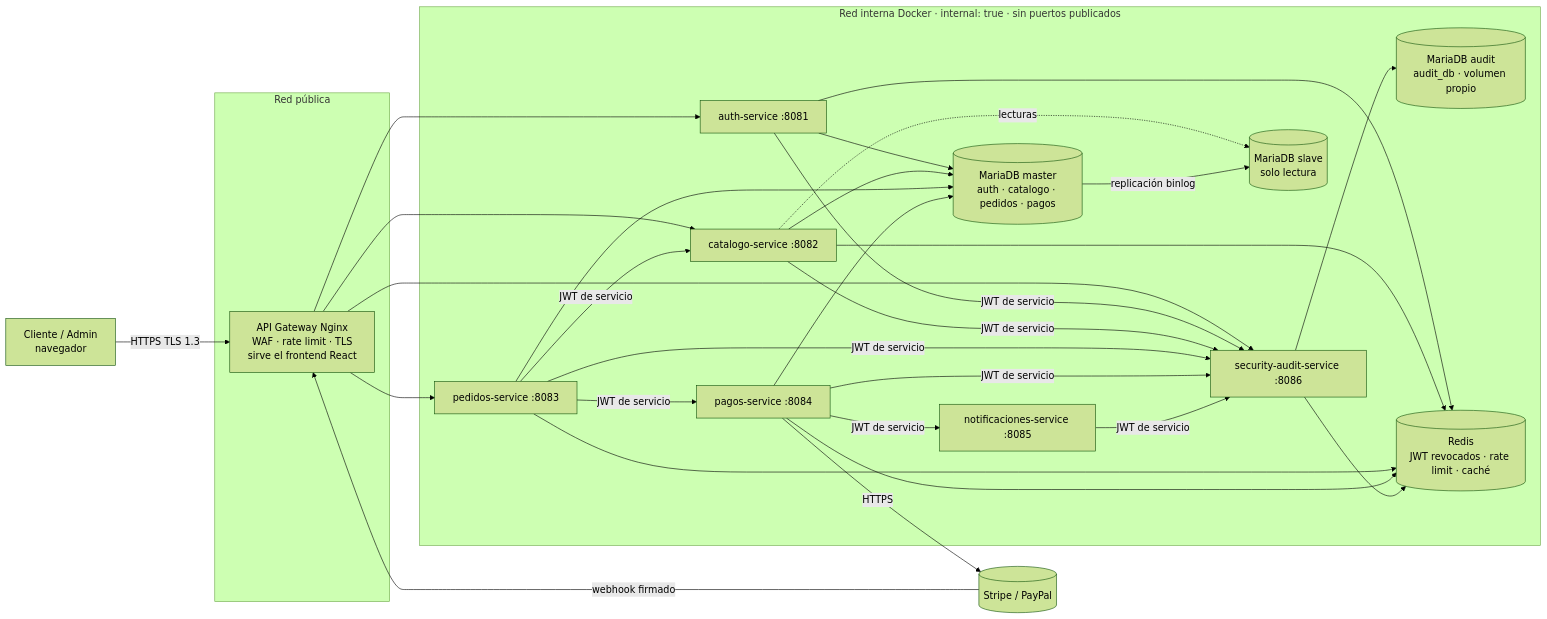
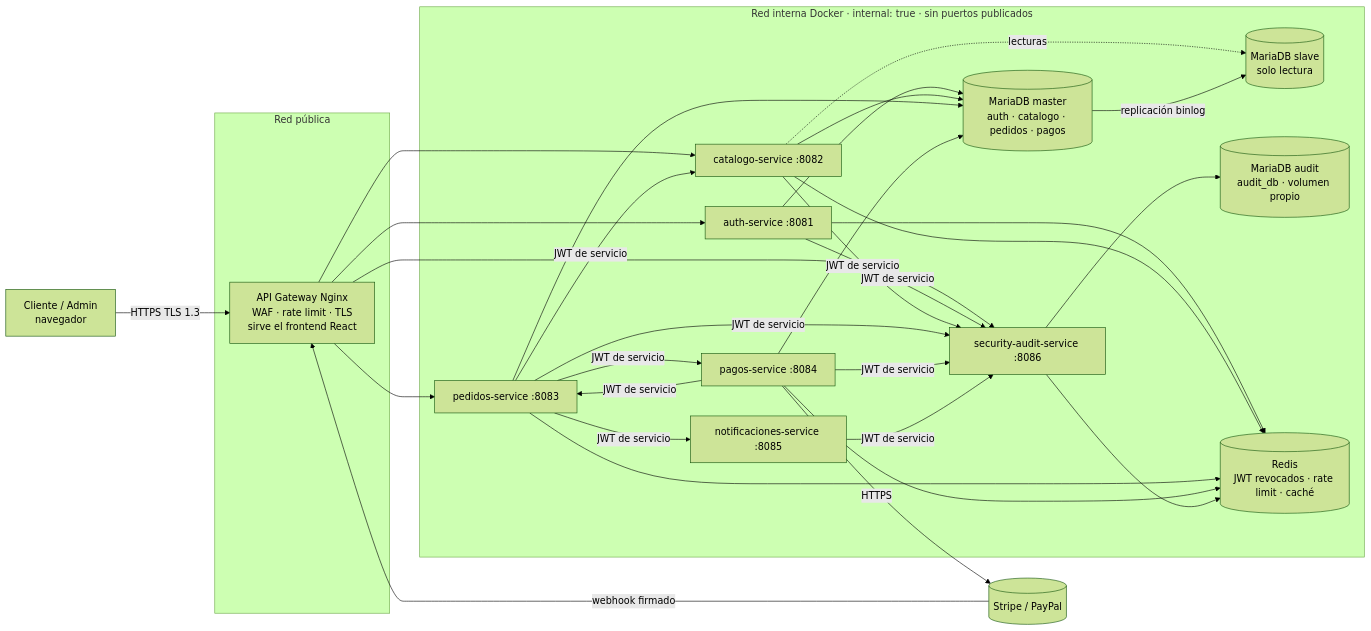
Before and after one commit to AxER1402/Veterinaria: the first of 2 diagrams in docs/01-arquitectura-stride-dfd.md, drawn with Mermaid (forest theme). The commit also changed other lines of this file and 38 other files, not shown here.

````diff
--- a/docs/01-arquitectura-stride-dfd.md
+++ b/docs/01-arquitectura-stride-dfd.md
@@ -12,34 +12,35 @@
 ```mermaid
 flowchart LR
     U[Cliente / Admin<br>navegador] -- HTTPS TLS 1.3 --> GW
 
     subgraph publica [Red pública]
         GW[API Gateway Nginx<br>WAF · rate limit · TLS<br>sirve el frontend React]
     end
 
     subgraph interna [Red interna Docker · internal: true · sin puertos publicados]
         AUTH[auth-service :8081]
         CAT[catalogo-service :8082]
         PED[pedidos-service :8083]
         PAG[pagos-service :8084]
         NOT[notificaciones-service :8085]
         AUD[security-audit-service :8086]
         M[(MariaDB master<br>auth · catalogo · pedidos · pagos)]
         S[(MariaDB slave<br>solo lectura)]
         A[(MariaDB audit<br>audit_db · volumen propio)]
         R[(Redis<br>JWT revocados · rate limit · caché)]
     end
 
     GW --> AUTH & CAT & PED & AUD
     PED -- JWT de servicio --> PAG
     PED -- JWT de servicio --> CAT
-    PAG -- JWT de servicio --> NOT
+    PED -- JWT de servicio --> NOT
+    PAG -- JWT de servicio --> PED
     AUTH & CAT & PED & PAG & NOT -- JWT de servicio --> AUD
     AUTH & CAT & PED & PAG --> M
     CAT -. lecturas .-> S
     M -- replicación binlog --> S
     AUD --> A
     AUTH & CAT & PED & PAG & AUD --> R
     PAG -- HTTPS --> STRIPE[(Stripe / PayPal)]
     STRIPE -- webhook firmado --> GW
 ```
````
